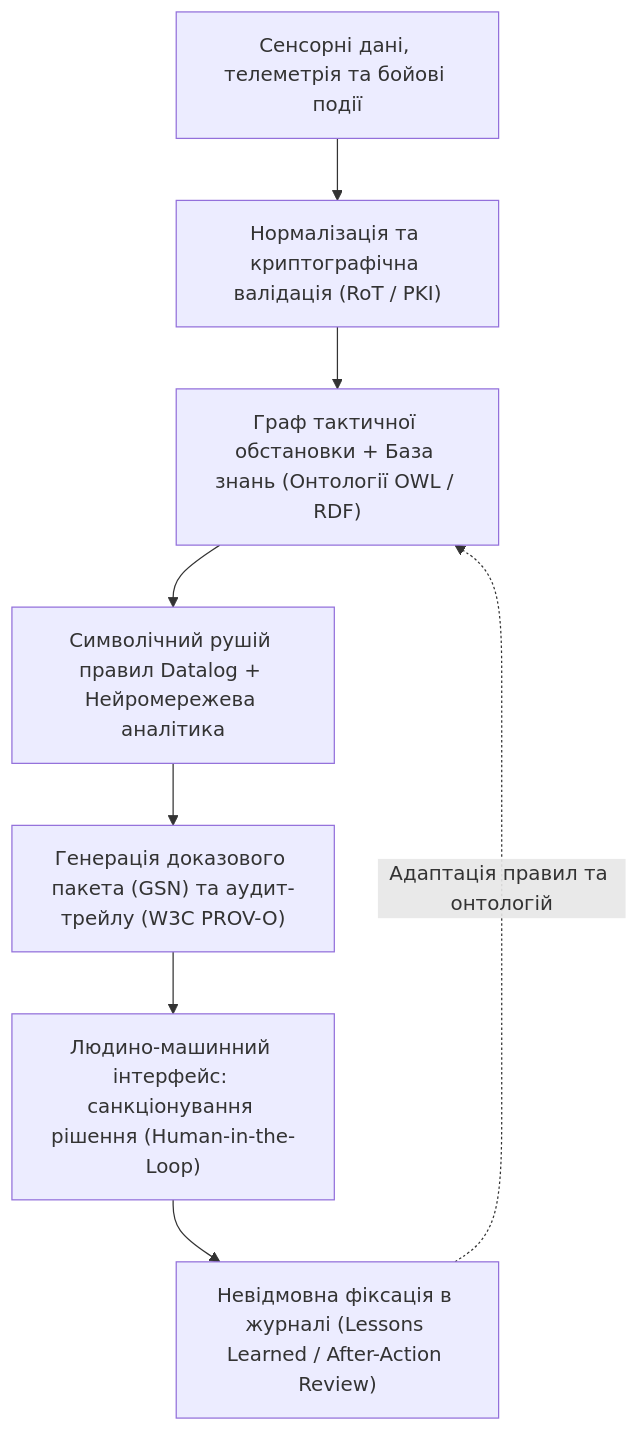
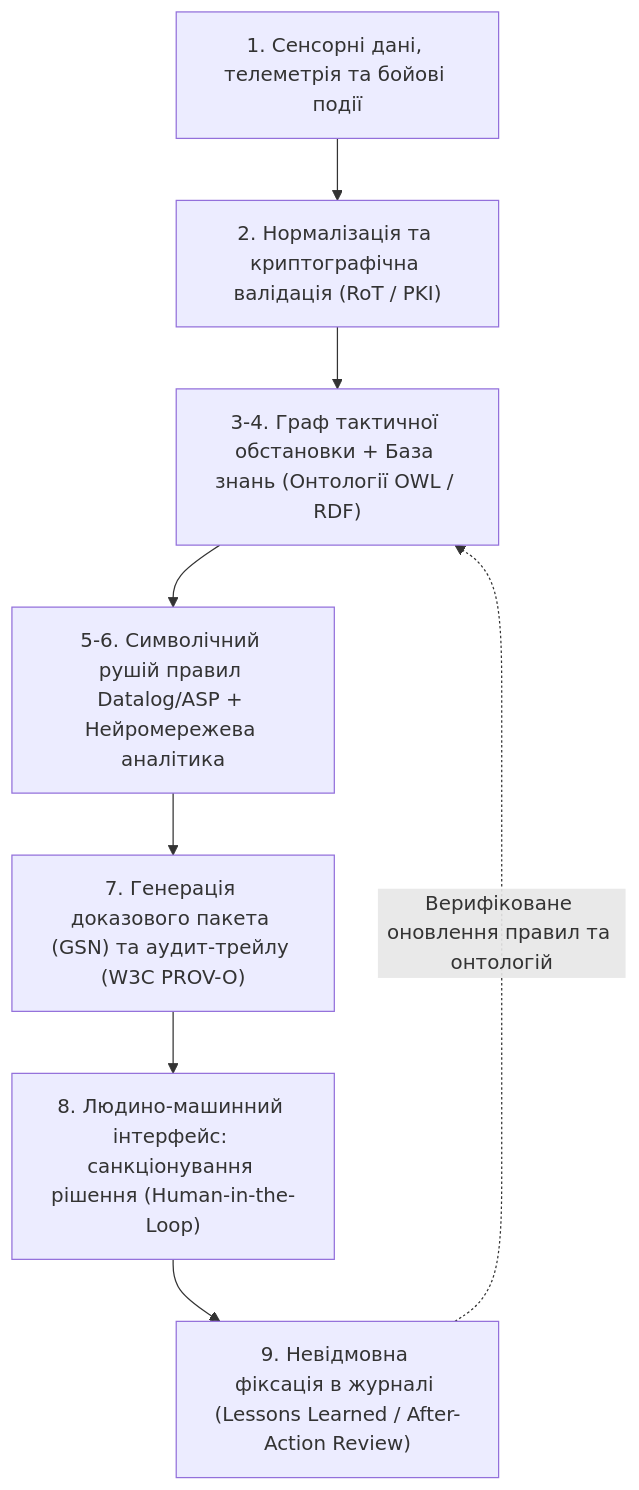
One commit to nick-fedchik/articles changed the diagram in MilTech/Military-Expert-Systems-UA.md. Above: the diagram before and after it, drawn with Mermaid. The commit also changed other lines of this file and 12 other files, not shown here.

````diff
--- a/MilTech/Military-Expert-Systems-UA.md
+++ b/MilTech/Military-Expert-Systems-UA.md
@@ -157,18 +176,18 @@
 ```mermaid
 flowchart TD
-    Sensors["Сенсорні дані, телеметрія та бойові події"]
-    Norm["Нормалізація та криптографічна валідація (RoT / PKI)"]
-    KG["Граф тактичної обстановки + База знань (Онтології OWL / RDF)"]
-    Infer["Символічний рушій правил Datalog + Нейромережева аналітика"]
-    GSN["Генерація доказового пакета (GSN) та аудит-трейлу (W3C PROV-O)"]
-    HITL["Людино-машинний інтерфейс: санкціонування рішення (Human-in-the-Loop)"]
-    LL["Невідмовна фіксація в журналі (Lessons Learned / After-Action Review)"]
+    Sensors["1. Сенсорні дані, телеметрія та бойові події"]
+    Norm["2. Нормалізація та криптографічна валідація (RoT / PKI)"]
+    KG["3-4. Граф тактичної обстановки + База знань (Онтології OWL / RDF)"]
+    Infer["5-6. Символічний рушій правил Datalog/ASP + Нейромережева аналітика"]
+    GSN["7. Генерація доказового пакета (GSN) та аудит-трейлу (W3C PROV-O)"]
+    HITL["8. Людино-машинний інтерфейс: санкціонування рішення (Human-in-the-Loop)"]
+    LL["9. Невідмовна фіксація в журналі (Lessons Learned / After-Action Review)"]
 
     Sensors --> Norm
     Norm --> KG
     KG --> Infer
     Infer --> GSN
     GSN --> HITL
     HITL --> LL
-    LL -.->|"Адаптація правил та онтологій"| KG
+    LL -.->|"Верифіковане оновлення правил та онтологій"| KG
 ```
````
